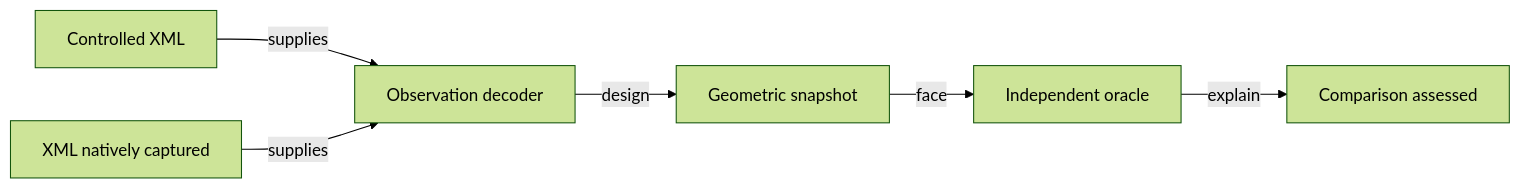
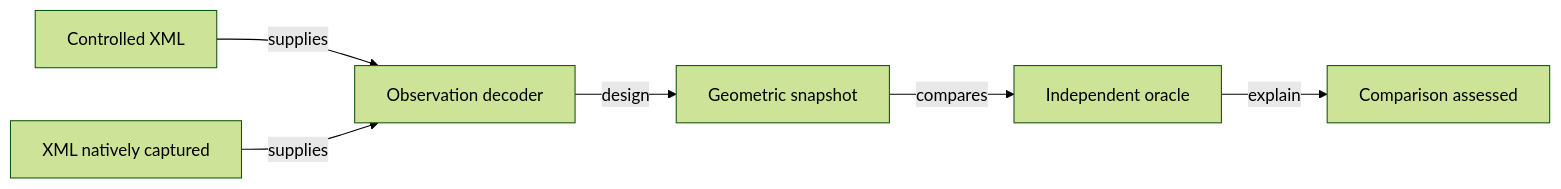
Before and after one commit to crististefanita/atf_j4: the diagram in docs/testing/ATF_DisplayComponents.md, drawn with Mermaid (forest theme). The commit also changed other lines of this file and 126 other files, not shown here.

````diff
--- a/docs/testing/ATF_DisplayComponents.md
+++ b/docs/testing/ATF_DisplayComponents.md
@@ -9,8 +9,8 @@
 ```mermaid
 flowchart LR
     MOCK[Controlled XML] -->|supplies| DECODE[Observation decoder]
     DEVICE[XML natively captured] -->|supplies| DECODE
     DECODE -->|design| SNAPSHOT[Geometric snapshot]
-    SNAPSHOT -->|face| ORACLE[Independent oracle]
+    SNAPSHOT -->|compares| ORACLE[Independent oracle]
     ORACLE -->|explain| RESULT[Comparison assessed]
 ```
````
